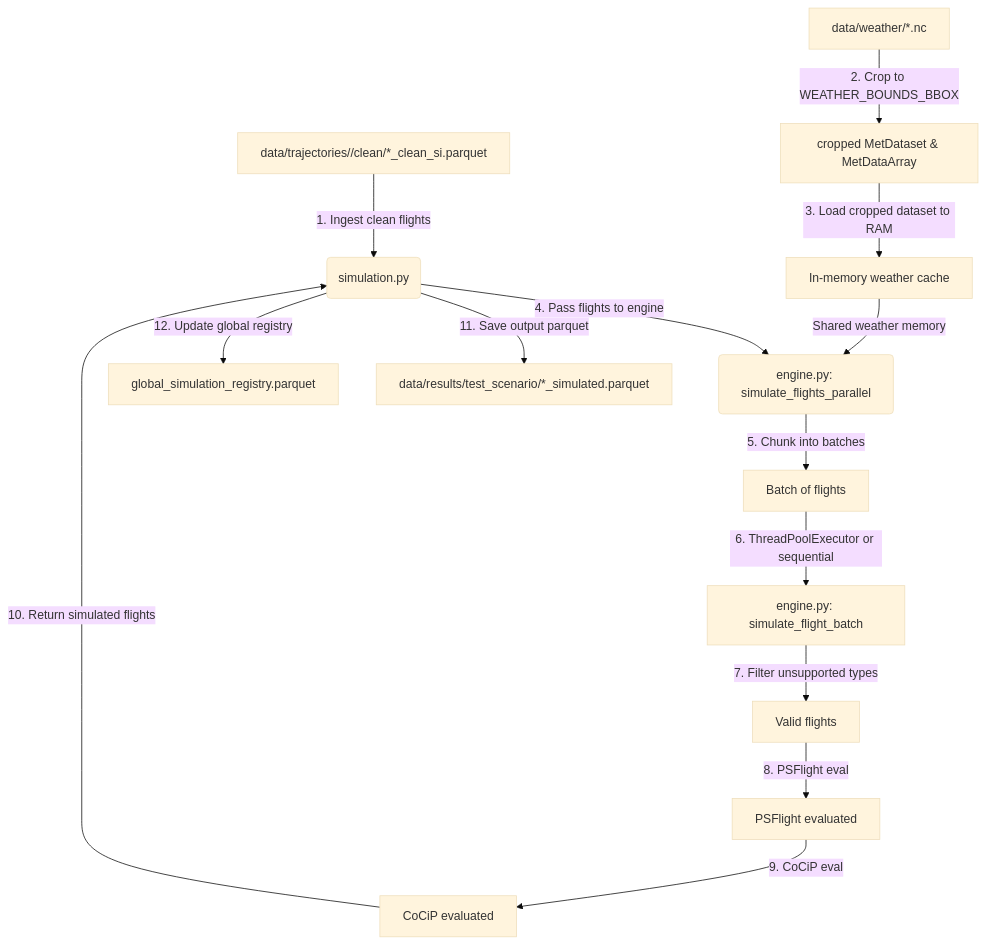
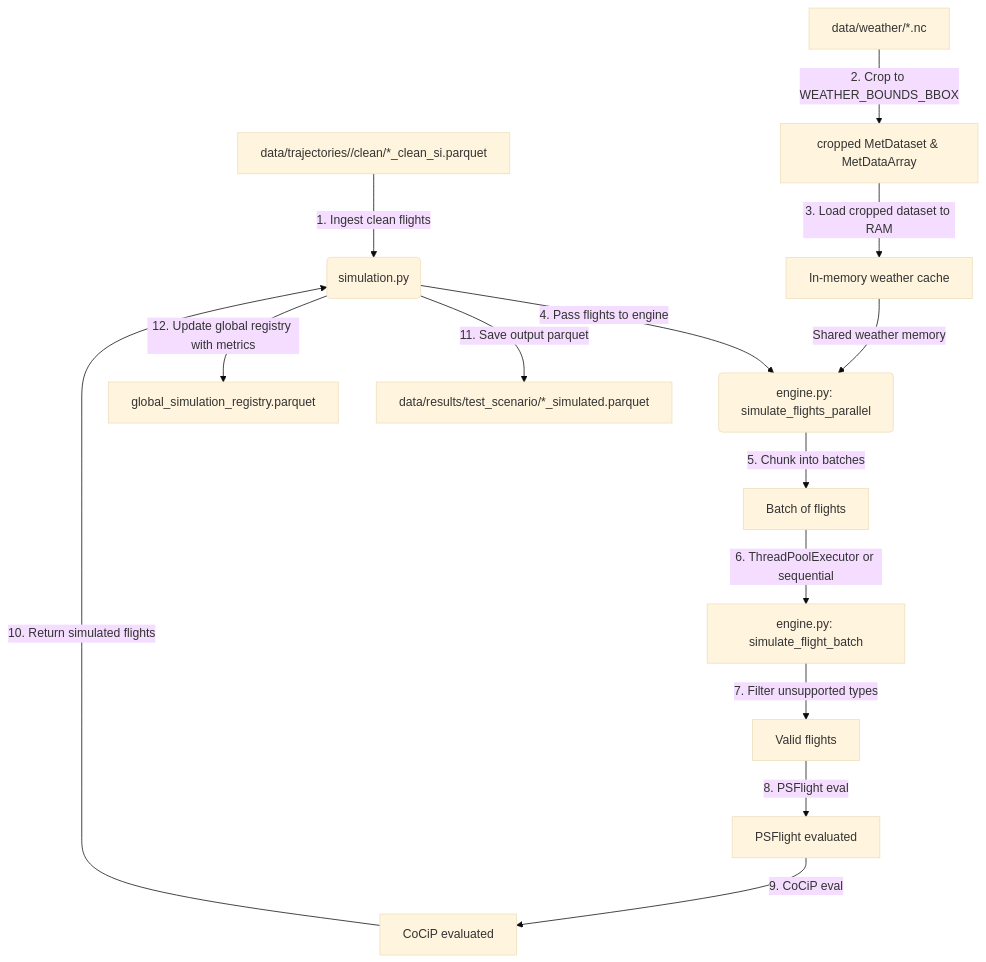
One commit to Bauzement123/flight-physics-pipeline changed the first of 2 diagrams in src/core/physics/README.md. Above: the diagram before and after it, drawn with Mermaid (base theme). The commit also changed other lines of this file and 3 other files, not shown here.

First line of the commit message:
feat(physics): extend simulation registries with contrail & fuel burn metrics

````diff
--- a/src/core/physics/README.md
+++ b/src/core/physics/README.md
@@ -77,19 +77,19 @@
 ```mermaid
 graph TD
     A["data/trajectories/<corridor>/clean/*_clean_si.parquet"] -->|1. Ingest clean flights| B(simulation.py)
     C[data/weather/*.nc] -->|2. Crop to WEATHER_BOUNDS_BBOX| D[cropped MetDataset & MetDataArray]
     D -->|3. Load cropped dataset to RAM| E[In-memory weather cache]
     
     B -->|4. Pass flights to engine| F(engine.py: simulate_flights_parallel)
     E -->|Shared weather memory| F
     
     F -->|5. Chunk into batches| G[Batch of flights]
     G -->|6. ThreadPoolExecutor or sequential| H[engine.py: simulate_flight_batch]
     H -->|7. Filter unsupported types| I[Valid flights]
     I -->|8. PSFlight eval| J[PSFlight evaluated]
     J -->|9. CoCiP eval| K[CoCiP evaluated]
     
     K -->|10. Return simulated flights| B
     B -->|11. Save output parquet| L[data/results/test_scenario/*_simulated.parquet]
-    B -->|12. Update global registry| M[global_simulation_registry.parquet]
+    B -->|12. Update global registry with metrics| M[global_simulation_registry.parquet]
 ```
````
